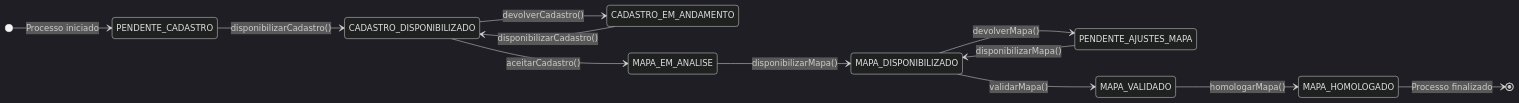
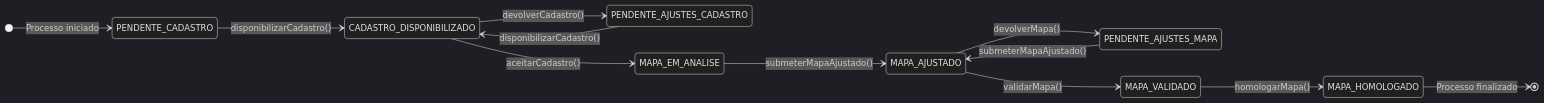
One commit to lgalvao/sgc changed the second of 2 diagrams in backend/src/main/java/sgc/subprocesso/README.md. Above: the diagram before and after it, drawn with Mermaid (dark theme). The commit also changed other lines of this file and 12 other files, not shown here.

````diff
--- a/backend/src/main/java/sgc/subprocesso/README.md
+++ b/backend/src/main/java/sgc/subprocesso/README.md
@@ -50,20 +59,20 @@
 ```mermaid
 stateDiagram-v2
     direction LR
 
     [*] --> PENDENTE_CADASTRO: Processo iniciado
 
     PENDENTE_CADASTRO --> CADASTRO_DISPONIBILIZADO: disponibilizarCadastro()
-    CADASTRO_DISPONIBILIZADO --> CADASTRO_EM_ANDAMENTO: devolverCadastro()
-    CADASTRO_EM_ANDAMENTO --> CADASTRO_DISPONIBILIZADO: disponibilizarCadastro()
+    CADASTRO_DISPONIBILIZADO --> PENDENTE_AJUSTES_CADASTRO: devolverCadastro()
+    PENDENTE_AJUSTES_CADASTRO --> CADASTRO_DISPONIBILIZADO: disponibilizarCadastro()
 
     CADASTRO_DISPONIBILIZADO --> MAPA_EM_ANALISE: aceitarCadastro()
-    MAPA_EM_ANALISE --> MAPA_DISPONIBILIZADO: disponibilizarMapa()
+    MAPA_EM_ANALISE --> MAPA_AJUSTADO: submeterMapaAjustado()
 
-    MAPA_DISPONIBILIZADO --> PENDENTE_AJUSTES_MAPA: devolverMapa()
-    PENDENTE_AJUSTES_MAPA --> MAPA_DISPONIBILIZADO: disponibilizarMapa()
+    MAPA_AJUSTADO --> PENDENTE_AJUSTES_MAPA: devolverMapa()
+    PENDENTE_AJUSTES_MAPA --> MAPA_AJUSTADO: submeterMapaAjustado()
 
-    MAPA_DISPONIBILIZADO --> MAPA_VALIDADO: validarMapa()
+    MAPA_AJUSTADO --> MAPA_VALIDADO: validarMapa()
     MAPA_VALIDADO --> MAPA_HOMOLOGADO: homologarMapa()
     MAPA_HOMOLOGADO --> [*]: Processo finalizado
 ```
````
